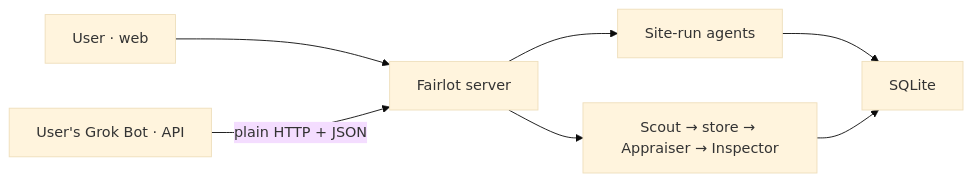
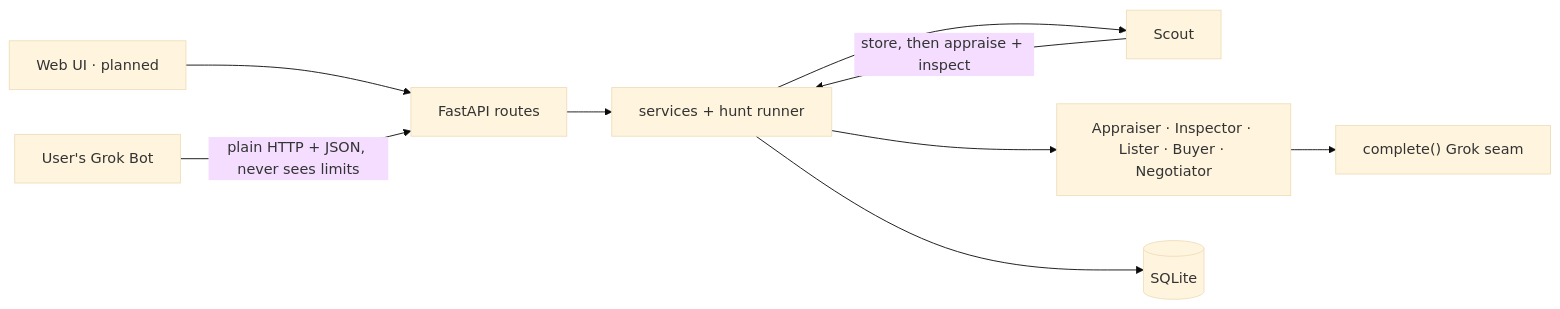
Before and after one commit to srivatsav-kannan/grokbot-hackathon: the diagram in README.md, drawn with Mermaid (base theme). The commit also changed other lines of this file, not shown here.

````diff
--- a/README.md
+++ b/README.md
@@ -29,16 +39,20 @@
 ```mermaid
 flowchart LR
-  Web["User · web"]
-  Bot["User's Grok Bot · API"]
-  Server["Fairlot server"]
-  Agents["Site-run agents"]
-  Global["Scout → store → Appraiser → Inspector"]
-  Data["SQLite"]
+  Web["Web UI · planned"]
+  Bot["User's Grok Bot"]
+  API["FastAPI routes"]
+  Svc["services + hunt runner"]
+  Scout["Scout"]
+  Agents["Appraiser · Inspector · Lister · Buyer · Negotiator"]
+  LLM["complete() Grok seam"]
+  DB[(SQLite)]
 
-  Web --> Server
-  Bot -->|"plain HTTP + JSON"| Server
-  Server --> Agents
-  Agents --> Data
-  Global --> Data
-  Server --> Global
+  Web --> API
+  Bot -->|"plain HTTP + JSON, never sees limits"| API
+  API --> Svc
+  Svc --> Scout
+  Svc --> Agents
+  Svc --> DB
+  Scout -->|"store, then appraise + inspect"| Svc
+  Agents --> LLM
 ```
````
